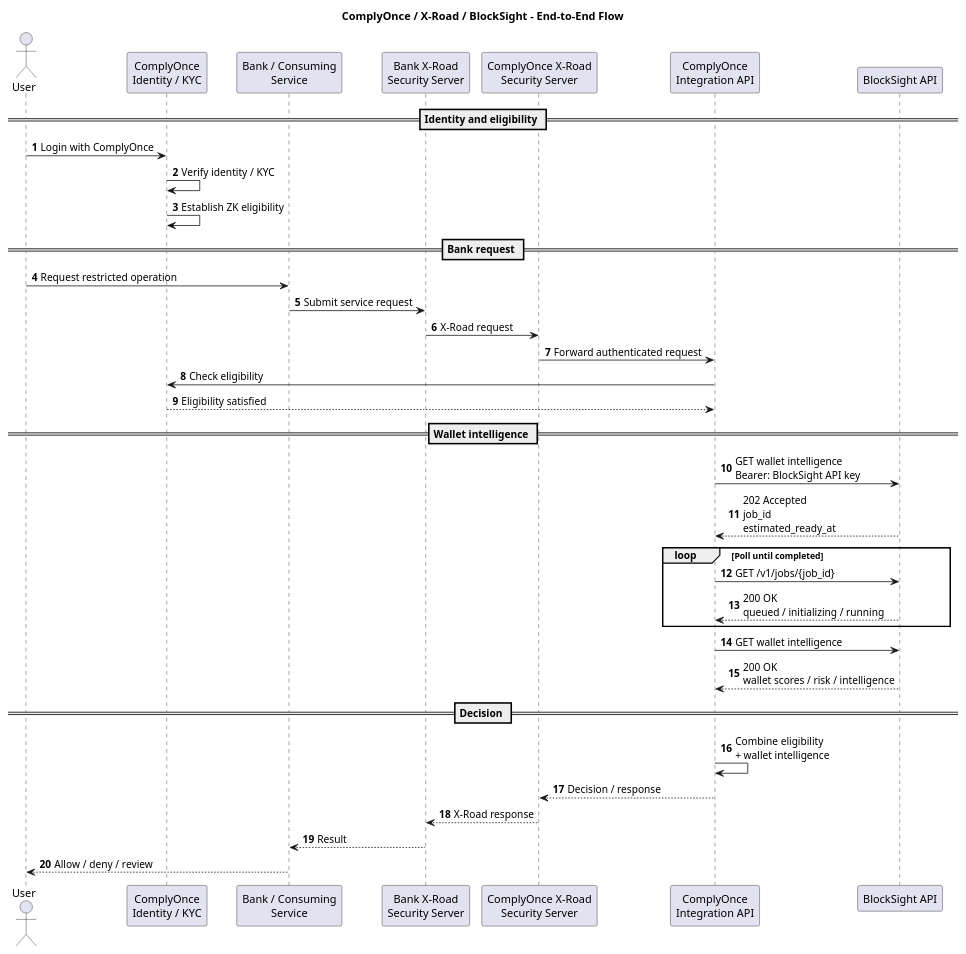
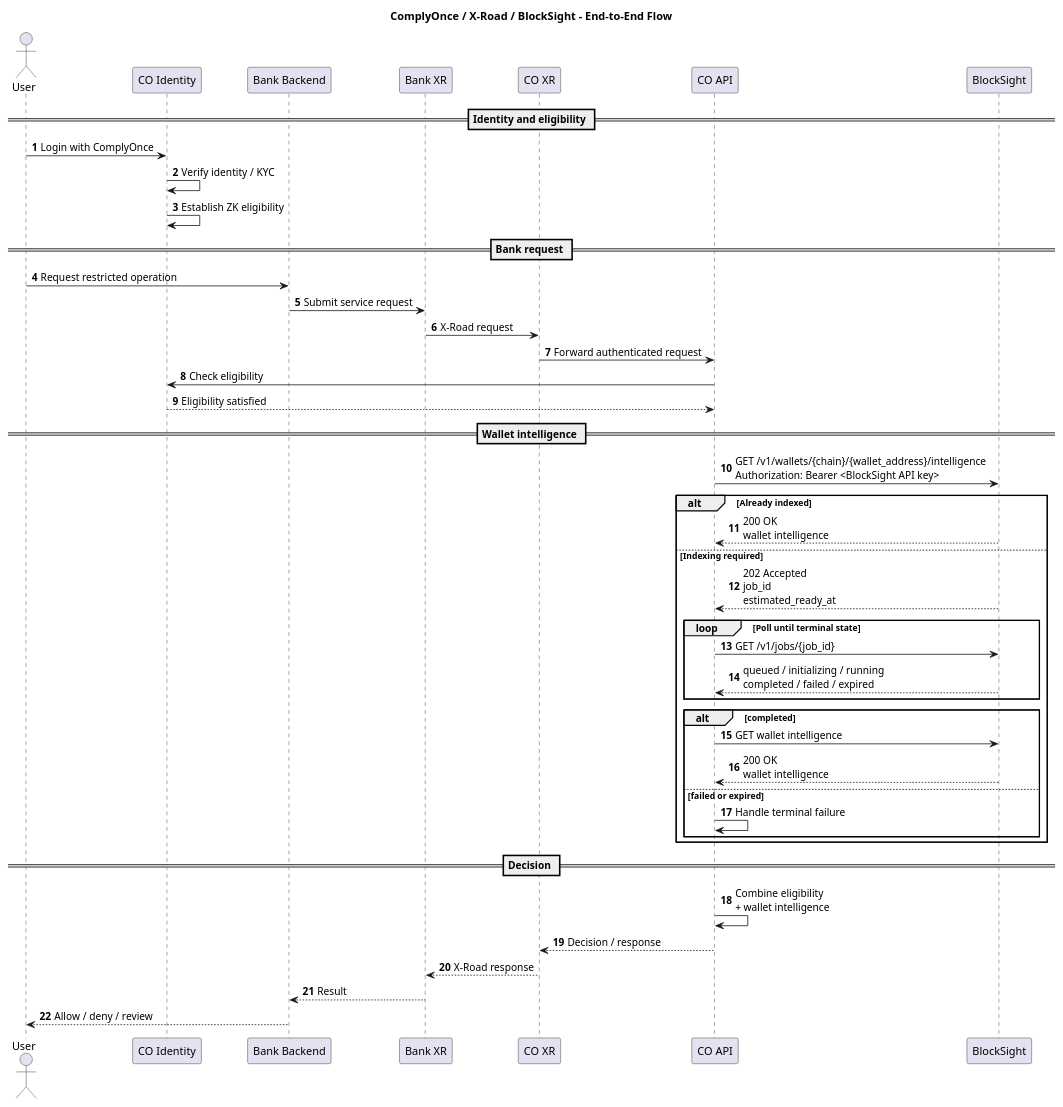
The third of 3 diagrams in docs/ComplyOnce/2026-09-16-BlockSight-ComplyOnce-StatementOfUnderstanding.md (BlockSight-Labs/partner-docs), drawn with PlantUML before and after one commit. The commit also changed other lines of this file and 5 other files, not shown here.

````diff
--- a/docs/ComplyOnce/2026-09-16-BlockSight-ComplyOnce-StatementOfUnderstanding.md
+++ b/docs/ComplyOnce/2026-09-16-BlockSight-ComplyOnce-StatementOfUnderstanding.md
@@ -92,54 +101,60 @@
 ```plantuml
 @startuml
 
 title ComplyOnce / X-Road / BlockSight - End-to-End Flow
 
 autonumber
 
 actor "User" as User
-participant "ComplyOnce\nIdentity / KYC" as Identity
-participant "Bank / Consuming\nService" as Bank
-participant "Bank X-Road\nSecurity Server" as BankXR
-participant "ComplyOnce X-Road\nSecurity Server" as COXR
-participant "ComplyOnce\nIntegration API" as COAPI
-participant "BlockSight API" as BS
+participant "CO Identity" as Identity
+participant "Bank Backend" as Bank
+participant "Bank XR" as BankXR
+participant "CO XR" as COXR
+participant "CO API" as COAPI
+participant "BlockSight" as BS
 
 == Identity and eligibility ==
 
 User -> Identity: Login with ComplyOnce
 Identity -> Identity: Verify identity / KYC
 Identity -> Identity: Establish ZK eligibility
 
 == Bank request ==
 
 User -> Bank: Request restricted operation
 Bank -> BankXR: Submit service request
 BankXR -> COXR: X-Road request
 COXR -> COAPI: Forward authenticated request
 
 COAPI -> Identity: Check eligibility
 Identity --> COAPI: Eligibility satisfied
 
 == Wallet intelligence ==
 
-COAPI -> BS: GET wallet intelligence\nBearer: BlockSight API key
-BS --> COAPI: 202 Accepted\njob_id\nestimated_ready_at
-
-loop Poll until completed
-    COAPI -> BS: GET /v1/jobs/{job_id}
-    BS --> COAPI: 200 OK\nqueued / initializing / running
+COAPI -> BS: GET /v1/wallets/{chain}/{wallet_address}/intelligence\nAuthorization: Bearer <BlockSight API key>
+alt Already indexed
+    BS --> COAPI: 200 OK\nwallet intelligence
+else Indexing required
+    BS --> COAPI: 202 Accepted\njob_id\nestimated_ready_at
+    loop Poll until terminal state
+        COAPI -> BS: GET /v1/jobs/{job_id}
+        BS --> COAPI: queued / initializing / running\ncompleted / failed / expired
+    end
+    alt completed
+        COAPI -> BS: GET wallet intelligence
+        BS --> COAPI: 200 OK\nwallet intelligence
+    else failed or expired
+        COAPI -> COAPI: Handle terminal failure
+    end
 end
-
-COAPI -> BS: GET wallet intelligence
-BS --> COAPI: 200 OK\nwallet scores / risk / intelligence
 
 == Decision ==
 
 COAPI -> COAPI: Combine eligibility\n+ wallet intelligence
 COAPI --> COXR: Decision / response
 COXR --> BankXR: X-Road response
 BankXR --> Bank: Result
 Bank --> User: Allow / deny / review
 
 @enduml
 ```
````
